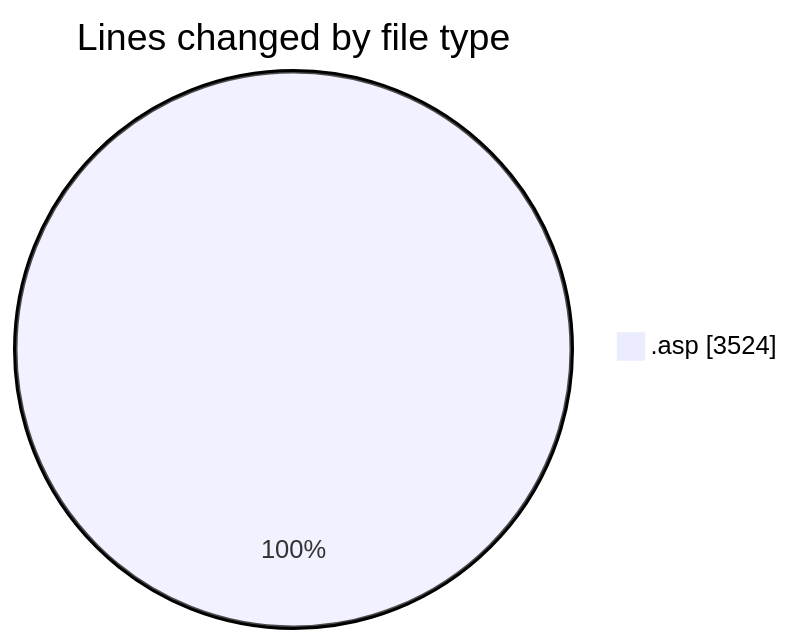
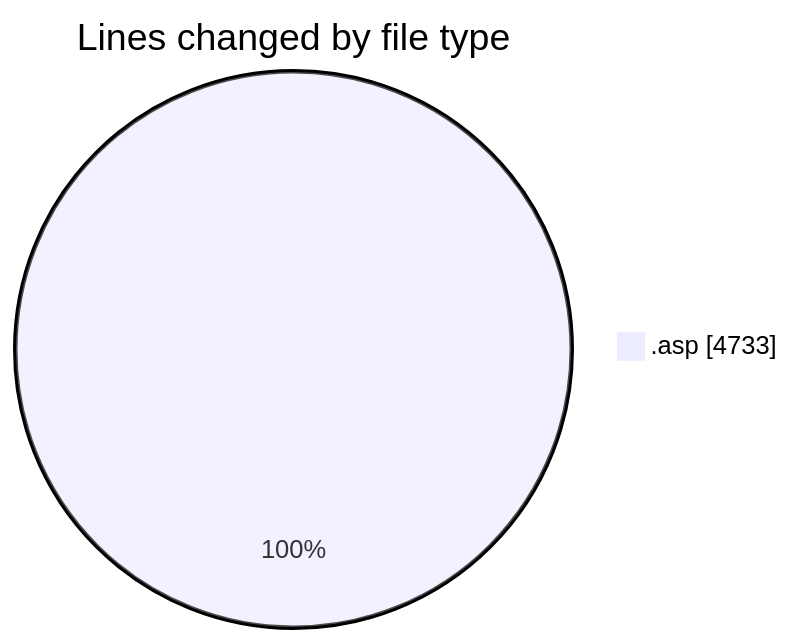
The first of 2 diagrams in 2025-11-15/cdp_aleoudev_fr__workspace_/README.md (julien-gomy/code-tracking), drawn with Mermaid before and after one commit. The commit also changed other lines of this file and 1 other file, not shown here.

````diff
--- a/2025-11-15/cdp_aleoudev_fr__workspace_/README.md
+++ b/2025-11-15/cdp_aleoudev_fr__workspace_/README.md
@@ -26,5 +27,5 @@
 ```mermaid
 pie showData
 title Lines changed by file type
-".asp" : 3524
+".asp" : 4733
 ```
````
